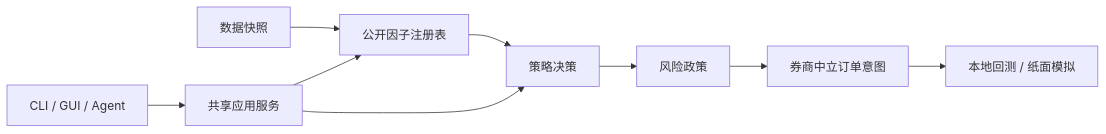
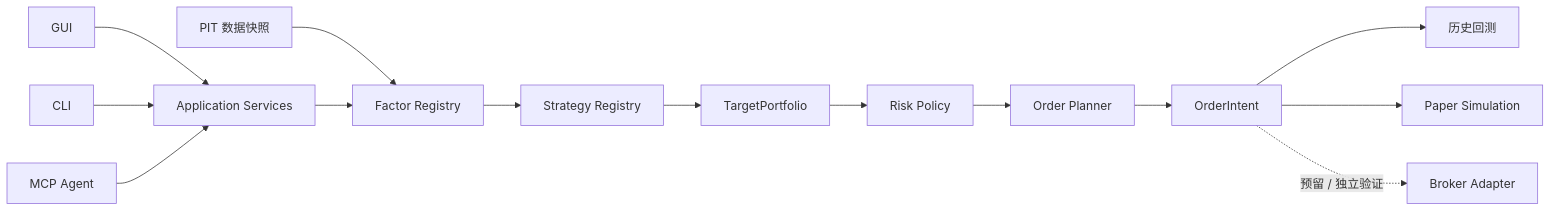
Before and after one commit to Siyuan-chat/KabuForge: the diagram in README.zh_CN.md, drawn with Mermaid. The commit also changed other lines of this file, not shown here.

````diff
--- a/README.zh_CN.md
+++ b/README.zh_CN.md
@@ -15,11 +42,18 @@
 ```mermaid
 flowchart LR
-  Data[数据快照] --> Factors[公开因子注册表]
-  Factors --> Strategy[策略决策]
-  Strategy --> Risk[风险政策]
-  Risk --> Plan[券商中立订单意图]
-  Plan --> Simulation[本地回测 / 纸面模拟]
-  CLI[CLI / GUI / Agent] --> Services[共享应用服务]
-  Services --> Factors
-  Services --> Strategy
+  GUI[GUI] --> App[Application Services]
+  CLI[CLI] --> App
+  MCP[MCP Agent] --> App
+
+  Data[PIT 数据快照] --> Factor[Factor Registry]
+  App --> Factor
+  Factor --> Strategy[Strategy Registry]
+  Strategy --> Target[TargetPortfolio]
+  Target --> Risk[Risk Policy]
+  Risk --> Planner[Order Planner]
+  Planner --> Intent[OrderIntent]
+
+  Intent --> Backtest[历史回测]
+  Intent --> Paper[Paper Simulation]
+  Intent -. 预留 / 独立验证 .-> Broker[Broker Adapter]
 ```
````
